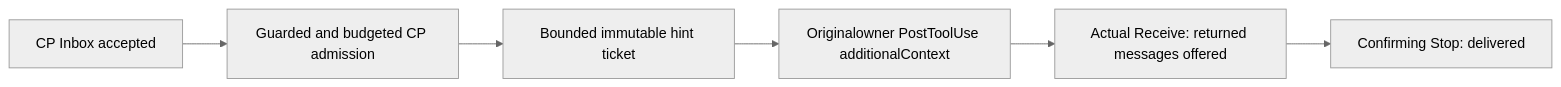
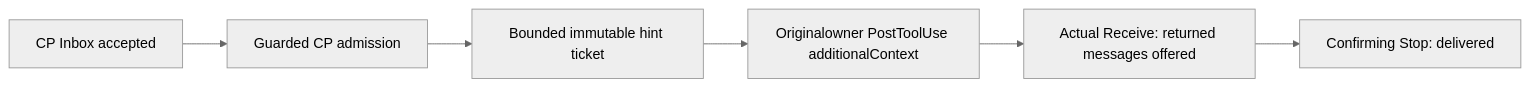
Before and after one commit to cfaysal/kherep: the second of 2 diagrams in modules/control-plane/ARCHITECTURE.md, drawn with Mermaid (neutral theme). The commit also changed other lines of this file and 13 other files, not shown here.

````diff
--- a/modules/control-plane/ARCHITECTURE.md
+++ b/modules/control-plane/ARCHITECTURE.md
@@ -152,8 +154,8 @@
 ```mermaid
 flowchart LR
-  accepted[CP Inbox accepted] --> admission[Guarded and budgeted CP admission]
+  accepted[CP Inbox accepted] --> admission[Guarded CP admission]
   admission --> ticket[Bounded immutable hint ticket]
   ticket --> hook[Originalowner PostToolUse additionalContext]
   hook --> receive[Actual Receive: returned messages offered]
   receive --> stop[Confirming Stop: delivered]
 ```
````
